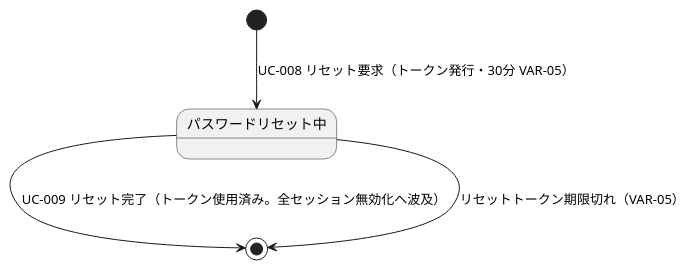
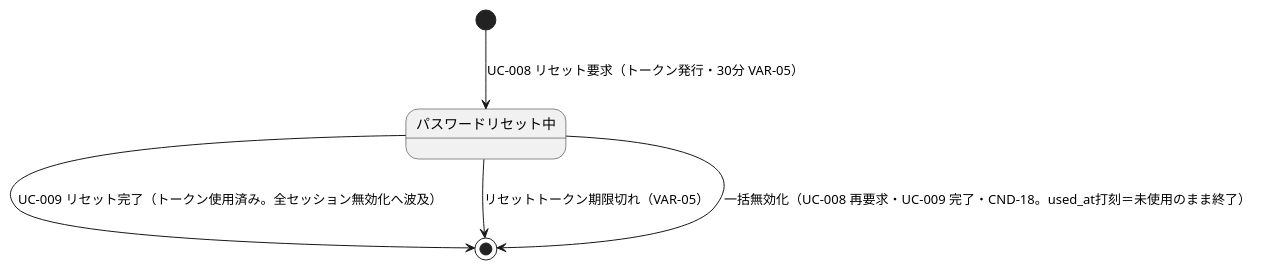
Before and after one commit to suunet/POC_HYDRA_AUTH: the third of 3 diagrams in .docs/design/states.md, drawn with PlantUML. The commit also changed other lines of this file and 7 other files, not shown here.

Commit message:
docs(T-018): cycle 1 - BUC-U07是正(レート先行・チェック時窓確定・E3全ロールバック・E7 no-op・適格性inactive限定・図追従)とCND-18発番、VAR-12/INF-05/INF-10/NFR-11/STM-03の波及是正、UC-008/UC-009仕様起草

````diff
--- a/.docs/design/states.md
+++ b/.docs/design/states.md
@@ -94,9 +95,10 @@
 ```plantuml
 @startuml
 state "パスワードリセット中" as resetting
 
 [*] --> resetting : UC-008 リセット要求（トークン発行・30分 VAR-05）
 resetting --> [*] : UC-009 リセット完了（トークン使用済み。全セッション無効化へ波及）
 resetting --> [*] : リセットトークン期限切れ（VAR-05）
+resetting --> [*] : 一括無効化（UC-008 再要求・UC-009 完了・CND-18。used_at打刻＝未使用のまま終了）
 @enduml
 ```
````
